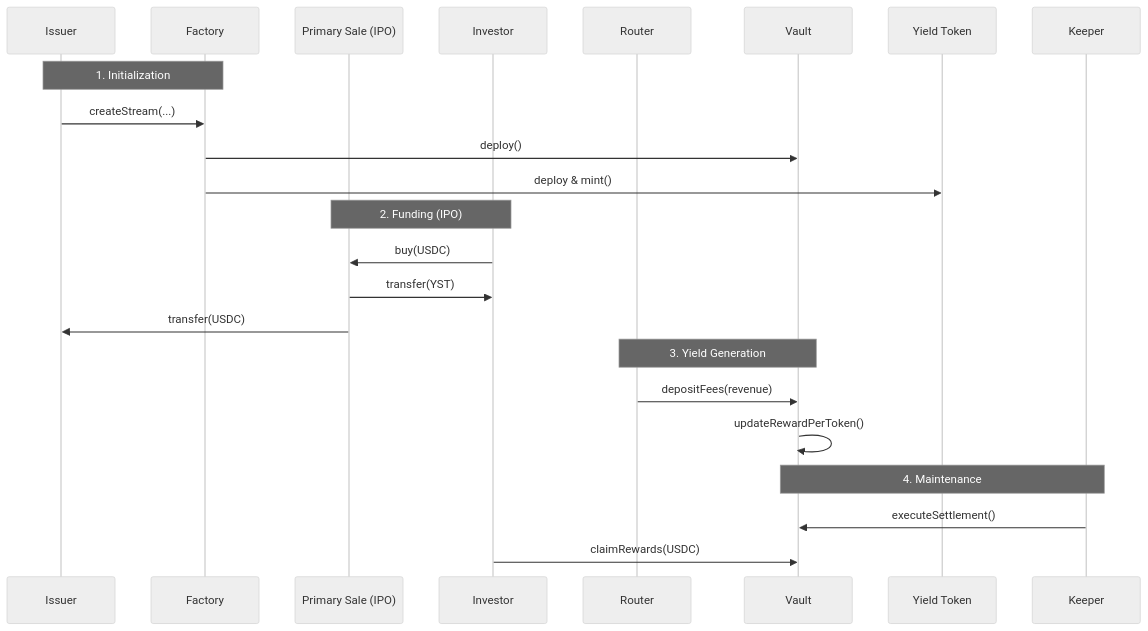
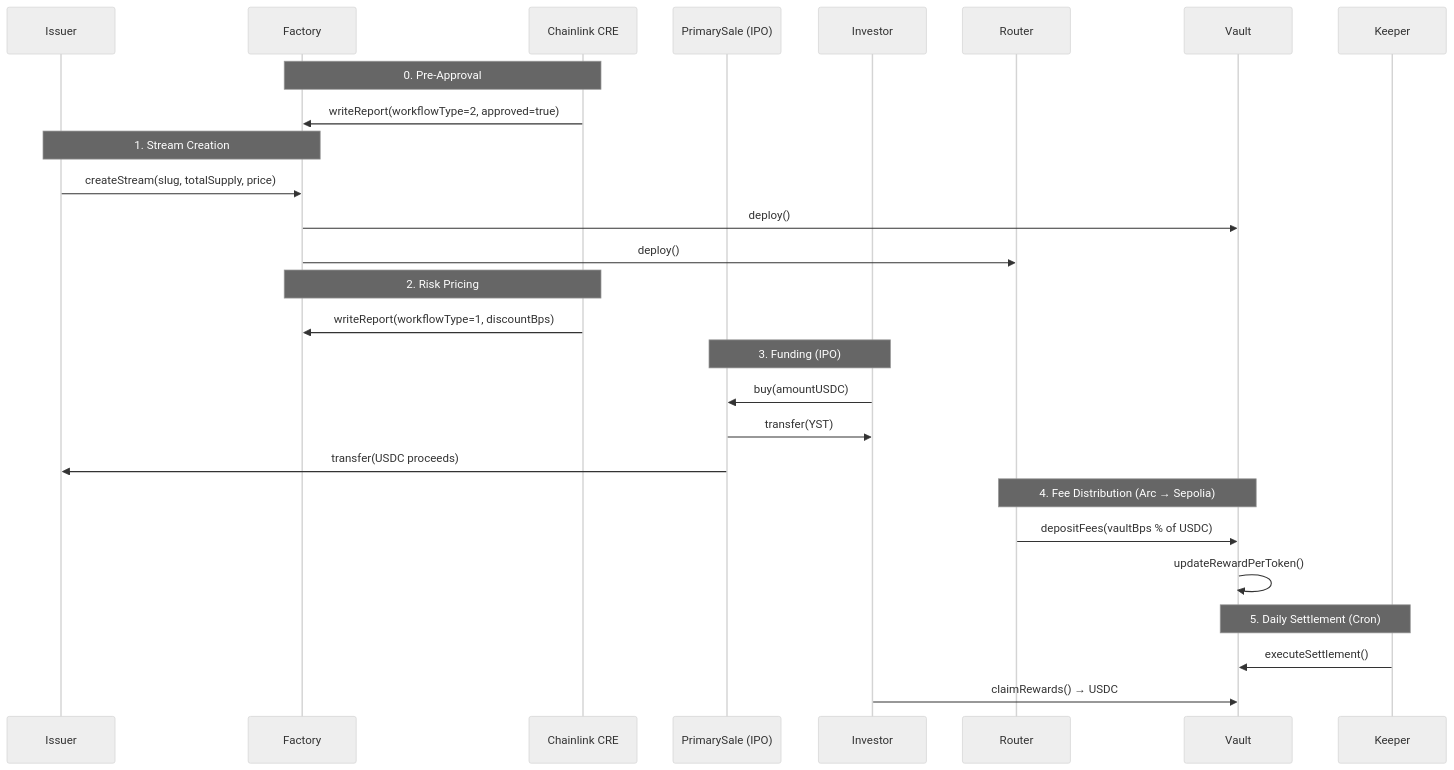
The second of 2 diagrams in README.md (Mariussgal/ETH-GLOBAL-CANNES-2026), drawn with Mermaid (neutral theme) before and after one commit. The commit also changed other lines of this file and 1 other file, not shown here.

First line of the commit message:
Enhance README.md with detailed YSM features and architecture

````diff
--- a/README.md
+++ b/README.md
@@ -79,29 +94,35 @@
 ```mermaid
 sequenceDiagram
     participant Issuer
     participant Factory
-    participant Primary as Primary Sale (IPO)
+    participant CRE as Chainlink CRE
+    participant Primary as PrimarySale (IPO)
     participant Investor
     participant Router
     participant Vault
-    participant YST as Yield Token
     participant Keeper
 
-    Note over Issuer,Factory: 1. Initialization
-    Issuer->>Factory: createStream(...)
+    Note over CRE,Factory: 0. Pre-Approval
+    CRE->>Factory: writeReport(workflowType=2, approved=true)
+
+    Note over Issuer,Factory: 1. Stream Creation
+    Issuer->>Factory: createStream(slug, totalSupply, price)
     Factory->>Vault: deploy()
-    Factory->>YST: deploy & mint()
+    Factory->>Router: deploy()
 
-    Note over Investor,Primary: 2. Funding (IPO)
-    Investor->>Primary: buy(USDC)
+    Note over CRE,Factory: 2. Risk Pricing
+    CRE->>Factory: writeReport(workflowType=1, discountBps)
+
+    Note over Investor,Primary: 3. Funding (IPO)
+    Investor->>Primary: buy(amountUSDC)
     Primary->>Investor: transfer(YST)
-    Primary->>Issuer: transfer(USDC)
+    Primary->>Issuer: transfer(USDC proceeds)
 
-    Note over Router,Vault: 3. Yield Generation
-    Router->>Vault: depositFees(revenue)
+    Note over Router,Vault: 4. Fee Distribution (Arc → Sepolia)
+    Router->>Vault: depositFees(vaultBps % of USDC)
     Vault->>Vault: updateRewardPerToken()
 
-    Note over Keeper,Vault: 4. Maintenance
+    Note over Keeper,Vault: 5. Daily Settlement (Cron)
     Keeper->>Vault: executeSettlement()
-    Investor->>Vault: claimRewards(USDC)
+    Investor->>Vault: claimRewards() → USDC
 ```
````
